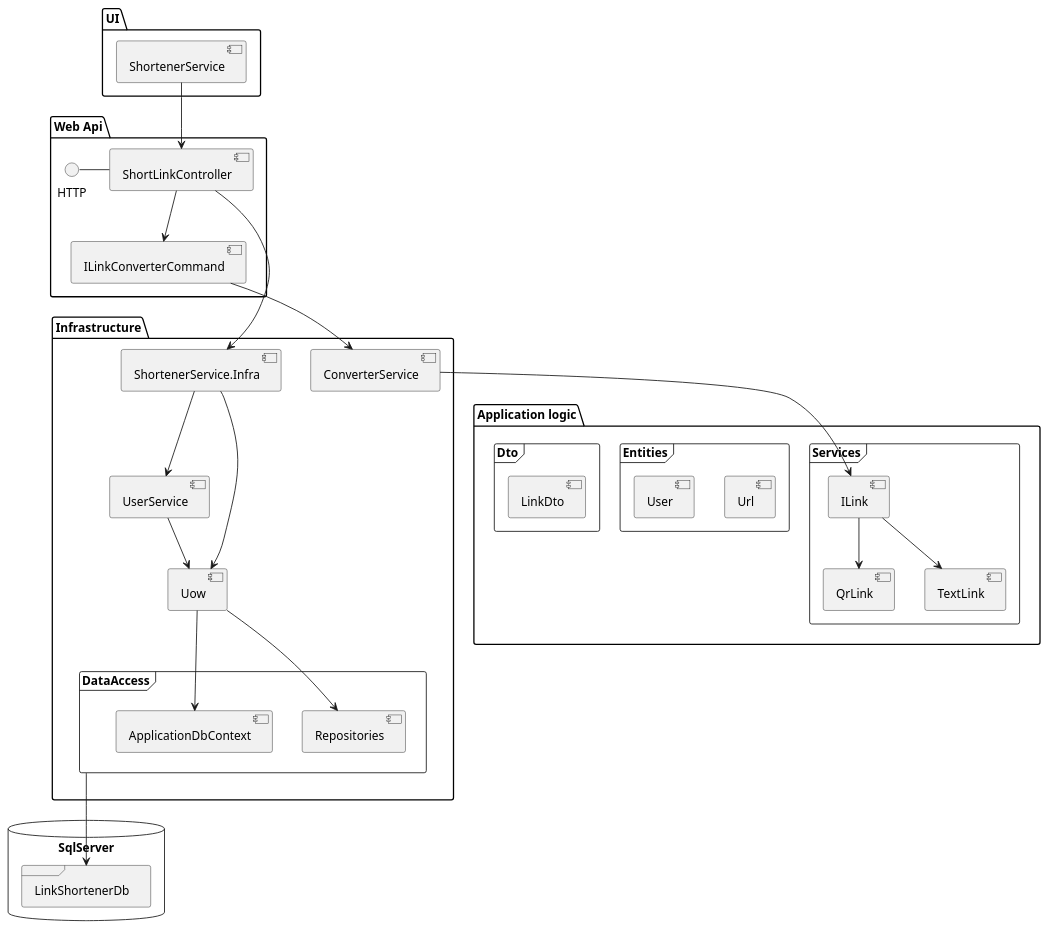
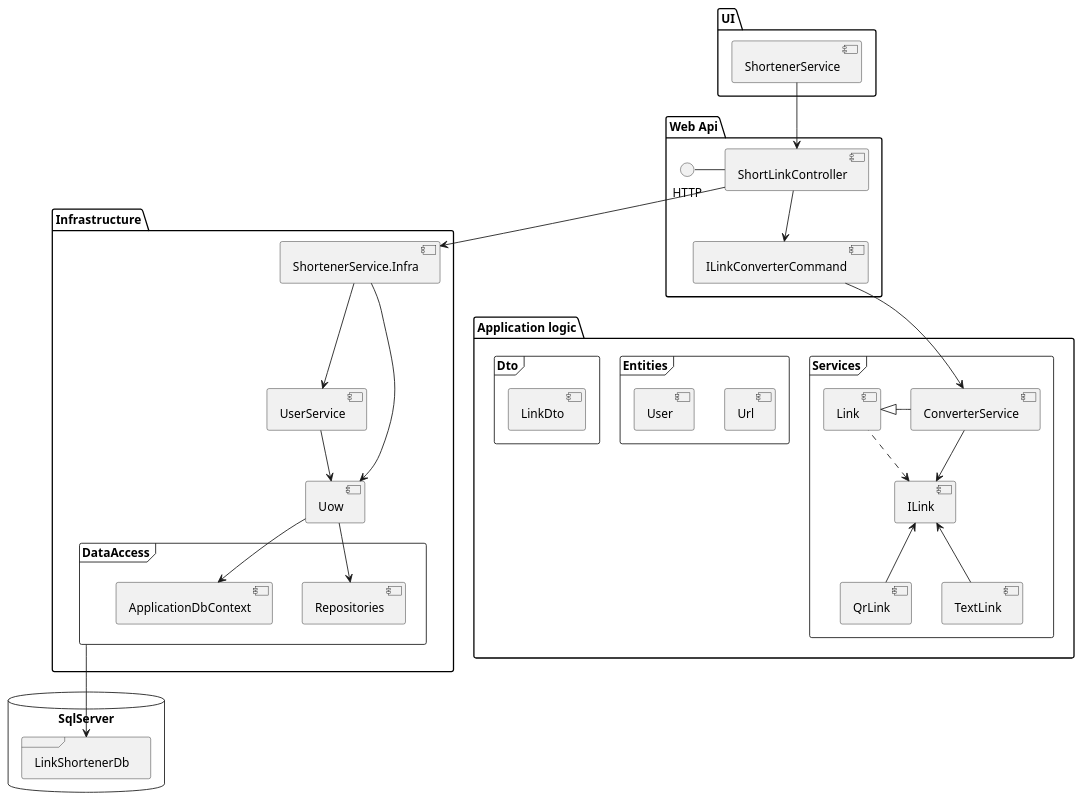
One commit to MariaDAH/LinkShortener changed the diagram in Documentation/Components.puml. Above: the diagram before and after it, drawn with PlantUML. The commit also changed 1 other file, not shown here.

Commit message:
Fix on design. ConverterService moved to AppLogic Package

```diff
--- a/Documentation/Components.puml
+++ b/Documentation/Components.puml
@@ -1,53 +1,54 @@
 @startuml
 'https://plantuml.com/component-diagram
 
 
 package "UI" {
   [ShortenerService]
 }
 
 package "Web Api" {
   HTTP - [ShortLinkController]
   [ShortLinkController] --> [ILinkConverterCommand]
 }
 
 package "Infrastructure" {
-   [ConverterService] 
    [ShortenerService.Infra] --> [UserService]
    [ShortenerService.Infra] --> [Uow]
    [UserService] --> [Uow]
    frame DataAccess {
     [Uow] -->  [Repositories]
     [Uow] --> [ApplicationDbContext]
    }
 }
 
 package "Application logic" {
     frame Services {
-        [ILink] --> [QrLink]
-        [ILink] --> [TextLink]
+        [ILink] <.. [Link]
+        [Link] <|- [ConverterService]
+        [ConverterService] --> [ILink]
+        [ILink] <-- [QrLink]
+        [ILink] <-- [TextLink]
     }
     frame Entities {
       [Url]
       [User]
     }
     frame Dto {
       [LinkDto]
     }
 }
 
 
 database "SqlServer" {
   frame "LinkShortenerDb" {
     [Url]
     [User]
   }
 }
 
 
 [ShortenerService] --> [ShortLinkController]
 [DataAccess] --> [LinkShortenerDb]
 [ILinkConverterCommand] --> [ConverterService]
-[ConverterService] --> [ILink]
 [ShortLinkController] --> [ShortenerService.Infra]
 @enduml
```
